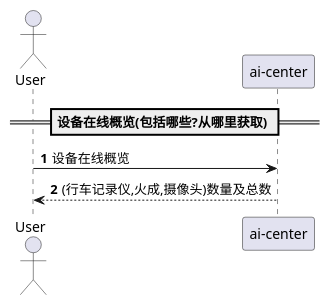
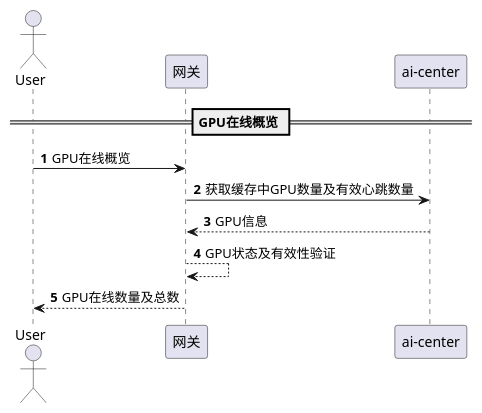
Before and after one commit to zjzjzjzj1874/demo: the diagram in 数量统计/GPU在线概览.puml, drawn with PlantUML. The commit also changed 15 other files, not shown here.

Commit message:
feat:plain uml:how to draw a uml

```diff
--- a/数量统计/GPU在线概览.puml
+++ b/数量统计/GPU在线概览.puml
@@ -1,10 +1,14 @@
 @startuml
 autonumber
-== 设备在线概览(包括哪些?从哪里获取) ==
+== GPU在线概览 ==
 actor User as user
-participant "ai-center" as center
+participant "网关" as center
+participant "ai-center" as bus
 
-user -> center : 设备在线概览
-center --> user : (行车记录仪,火成,摄像头)数量及总数
+user -> center : GPU在线概览
+bus <- center : 获取缓存中GPU数量及有效心跳数量
+bus --> center : GPU信息
+center --> center : GPU状态及有效性验证
+center --> user : GPU在线数量及总数
 
 @enduml
```
